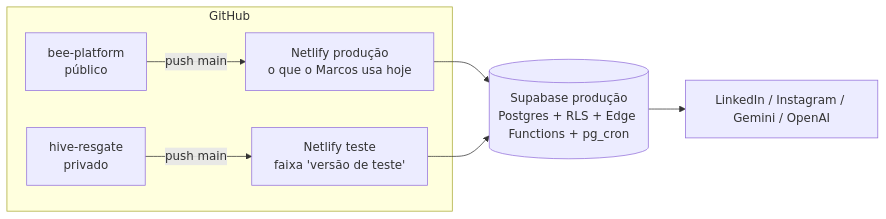
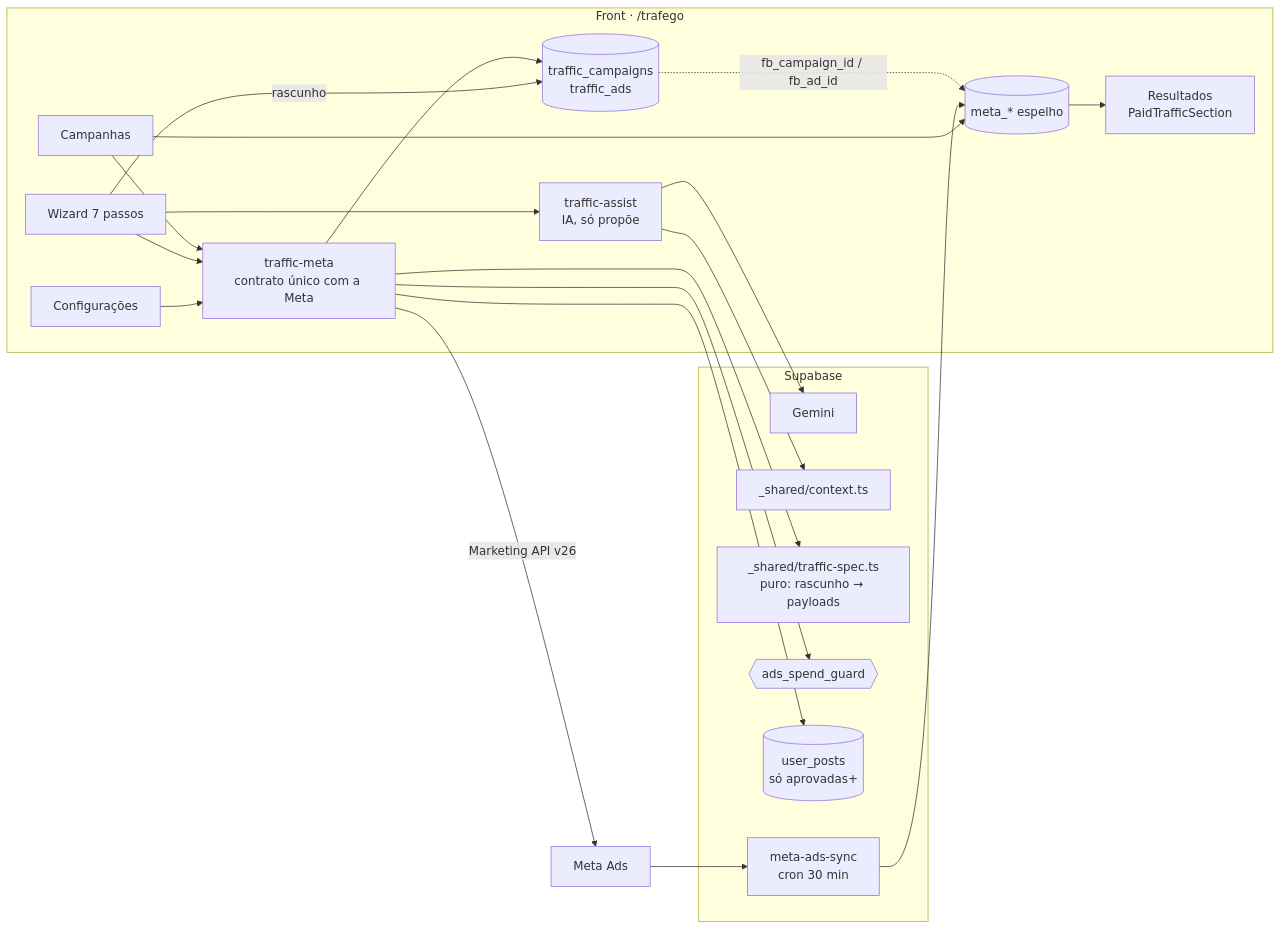
One commit to piccini-dev/hive-resgate changed the diagram in docs/plano/PLANO.md. Above: the diagram before and after it, drawn with Mermaid. The commit also changed other lines of this file and 2 other files, not shown here.

First line of the commit message:
docs: paid traffic module plan

````diff
--- a/docs/plano/PLANO.md
+++ b/docs/plano/PLANO.md
@@ -63,10 +73,25 @@
 ```mermaid
 flowchart LR
-  subgraph GitHub
-    A[bee-platform<br/>público] -->|push main| N1[Netlify produção<br/>o que o Marcos usa hoje]
-    B[hive-resgate<br/>privado] -->|push main| N2[Netlify teste<br/>faixa 'versão de teste']
+  subgraph Front ["Front · /trafego"]
+    CFG[Configurações] --> TM
+    WZ[Wizard 7 passos] -->|rascunho| TC[(traffic_campaigns<br/>traffic_ads)]
+    WZ --> TA
+    WZ --> TM
+    LST[Campanhas] --> TM
+    LST --> MIRROR
+    RES[Resultados<br/>PaidTrafficSection]
   end
-  N1 --> S[(Supabase produção<br/>Postgres + RLS + Edge Functions + pg_cron)]
-  N2 --> S
-  S --> R[LinkedIn / Instagram / Gemini / OpenAI]
+  subgraph Supabase
+    TA[traffic-assist<br/>IA, só propõe] --> GEM[Gemini]
+    TA --> CTX[_shared/context.ts]
+    TM[traffic-meta<br/>contrato único com a Meta] --> SPEC[_shared/traffic-spec.ts<br/>puro: rascunho → payloads]
+    TM --> GUARD{{ads_spend_guard}}
+    TM --> TC
+    TM --> POSTS[(user_posts<br/>só aprovadas+)]
+    SYNC[meta-ads-sync<br/>cron 30 min] --> MIRROR[(meta_* espelho)]
+  end
+  TM -->|Marketing API v26| META[Meta Ads]
+  META --> SYNC
+  TC -.fb_campaign_id / fb_ad_id.-> MIRROR
+  MIRROR --> RES
 ```
````
